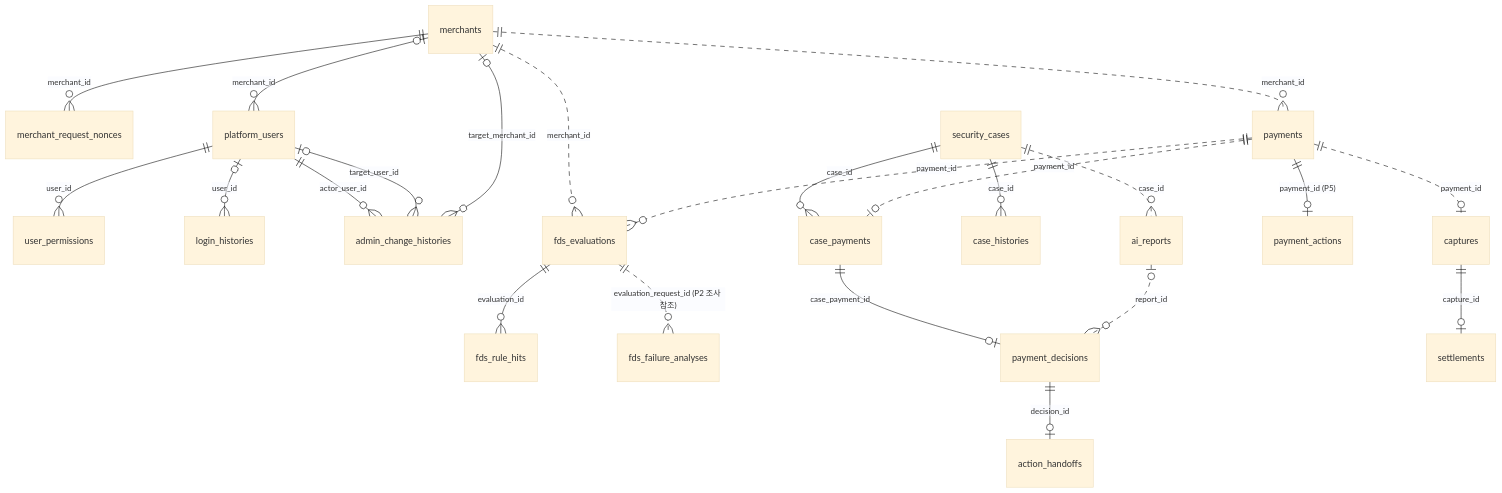
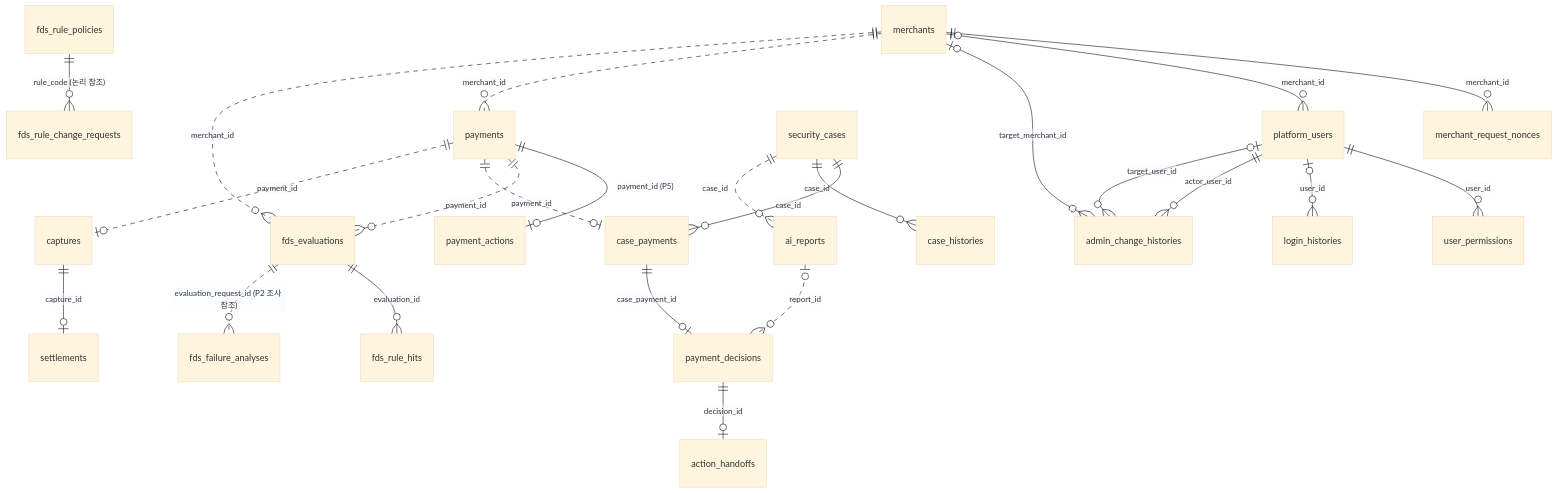
The diagram in docs/erd/README.md (team-sweethan/DonWorry), drawn with Mermaid (base theme) before and after one commit. The commit also changed other lines of this file and 33 other files, not shown here.

````diff
--- a/docs/erd/README.md
+++ b/docs/erd/README.md
@@ -68,29 +68,30 @@
 ```mermaid
 erDiagram
     merchants ||--o{ merchant_request_nonces : "merchant_id"
     merchants |o--o{ platform_users : "merchant_id"
     platform_users ||--o{ user_permissions : "user_id"
     platform_users |o--o{ login_histories : "user_id"
     platform_users ||--o{ admin_change_histories : "actor_user_id"
     platform_users |o--o{ admin_change_histories : "target_user_id"
     merchants |o--o{ admin_change_histories : "target_merchant_id"
 
     fds_evaluations ||--o{ fds_rule_hits : "evaluation_id"
     fds_evaluations ||..o{ fds_failure_analyses : "evaluation_request_id (P2 조사 참조)"
+    fds_rule_policies ||--o{ fds_rule_change_requests : "rule_code (논리 참조)"
 
     security_cases ||--o{ case_payments : "case_id"
     case_payments ||--o| payment_decisions : "case_payment_id"
     payment_decisions ||--o| action_handoffs : "decision_id"
     security_cases ||--o{ case_histories : "case_id"
 
     captures ||--o| settlements : "capture_id"
 
     merchants ||..o{ payments : "merchant_id"
     payments ||--o| payment_actions : "payment_id (P5)"
     merchants ||..o{ fds_evaluations : "merchant_id"
     payments ||..o{ fds_evaluations : "payment_id"
     payments ||..o| case_payments : "payment_id"
     security_cases ||..o{ ai_reports : "case_id"
     ai_reports |o..o{ payment_decisions : "report_id"
     payments ||..o| captures : "payment_id"
 ```
````
